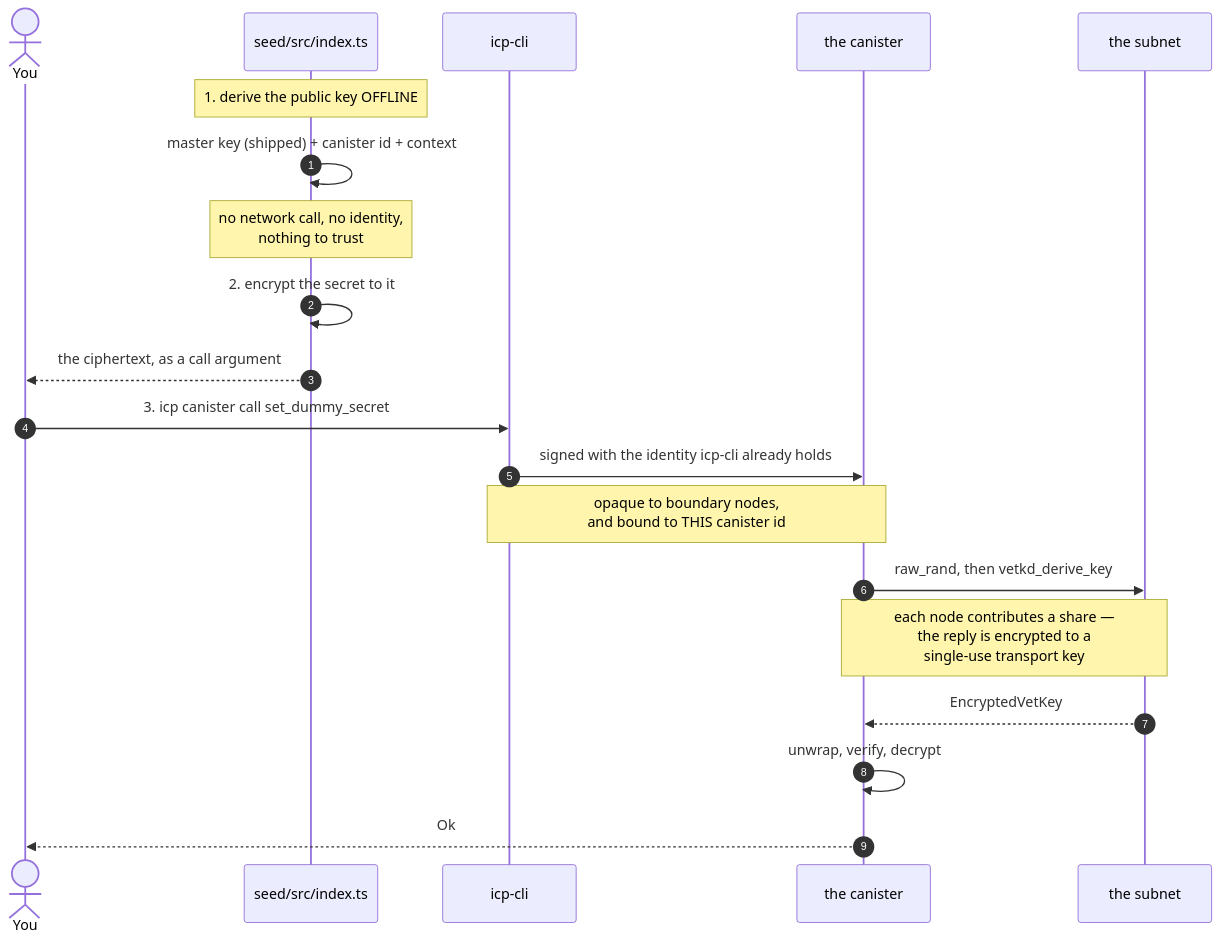
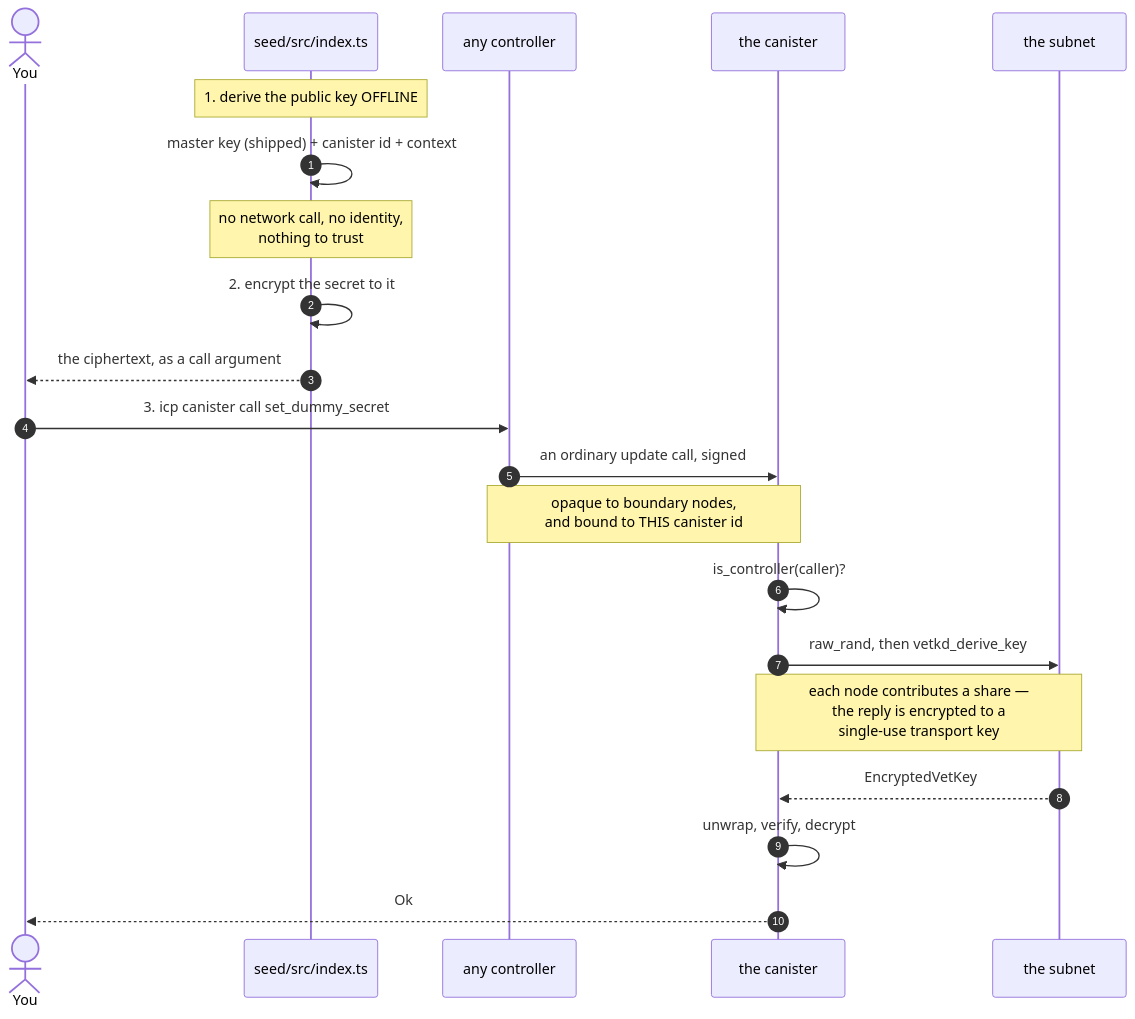
Before and after one commit to marc0olo/icp-seeding-secrets-poc: the diagram in README.md, drawn with Mermaid. The commit also changed other lines of this file and 2 other files, not shown here.

First line of the commit message:
reframe the call step around the controller, not around icp-cli

````diff
--- a/README.md
+++ b/README.md
@@ -59,26 +59,27 @@
 ```mermaid
 sequenceDiagram
     autonumber
     actor Dev as You
     participant Script as seed/src/index.ts
-    participant Cli as icp-cli
+    participant Cli as any controller
     participant Can as the canister
     participant Subnet as the subnet
 
     Note over Script: 1. derive the public key OFFLINE
     Script->>Script: master key (shipped) + canister id + context
     Note over Script: no network call, no identity,<br/>nothing to trust
 
     Script->>Script: 2. encrypt the secret to it
     Script-->>Dev: the ciphertext, as a call argument
 
     Dev->>Cli: 3. icp canister call set_dummy_secret
-    Cli->>Can: signed with the identity icp-cli already holds
+    Cli->>Can: an ordinary update call, signed
     Note over Cli,Can: opaque to boundary nodes,<br/>and bound to THIS canister id
+    Can->>Can: is_controller(caller)?
 
     Can->>Subnet: raw_rand, then vetkd_derive_key
     Note over Can,Subnet: each node contributes a share —<br/>the reply is encrypted to a<br/>single-use transport key
     Subnet-->>Can: EncryptedVetKey
     Can->>Can: unwrap, verify, decrypt
     Can-->>Dev: Ok
 ```
````
